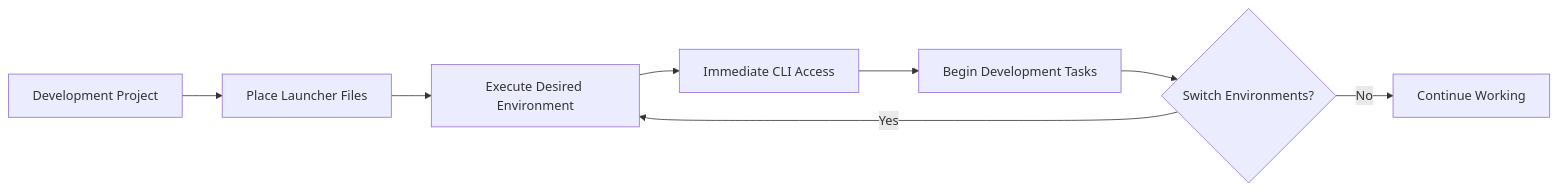
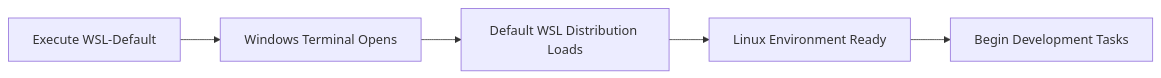
Before and after one commit to xsukax/xsukax-Command-Line-Interface-Launcher-CMD-Here-PowerShell-Here: the second of 3 diagrams in README.md, drawn with Mermaid. The commit also changed other lines of this file, not shown here.

````diff
--- a/README.md
+++ b/README.md
@@ -94,10 +230,7 @@
 ```mermaid
 flowchart LR
-    A[Development Project] --> B[Place Launcher Files]
-    B --> C[Execute Desired Environment]
-    C --> D[Immediate CLI Access]
+    A[Execute WSL-Default] --> B[Windows Terminal Opens]
+    B --> C[Default WSL Distribution Loads]
+    C --> D[Linux Environment Ready]
     D --> E[Begin Development Tasks]
-    E --> F{Switch Environments?}
-    F -->|Yes| C
-    F -->|No| G[Continue Working]
 ```
````
